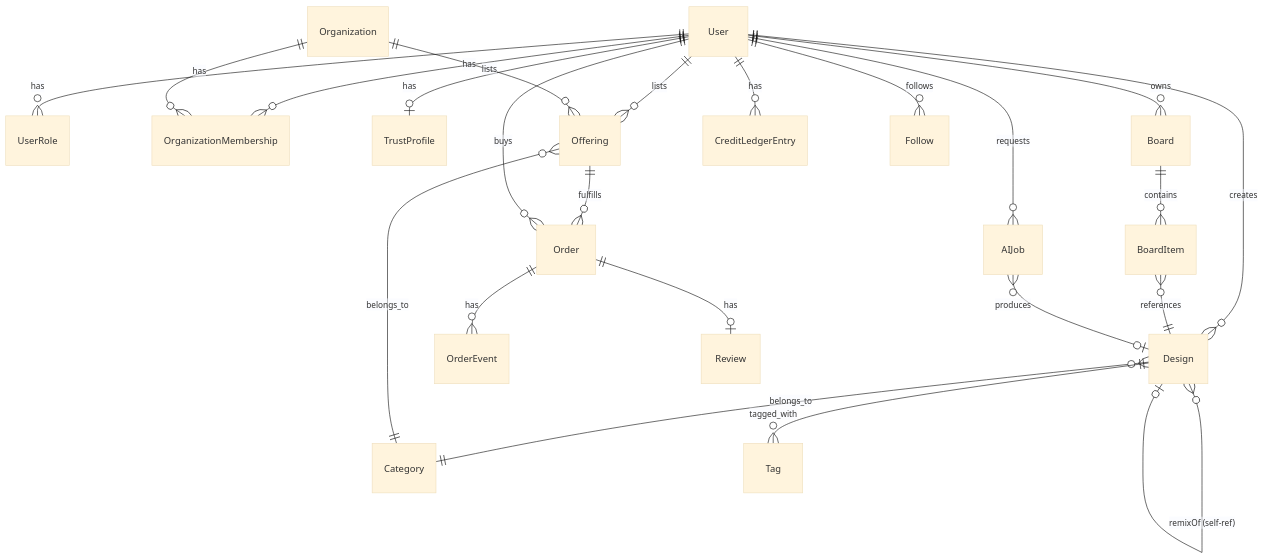
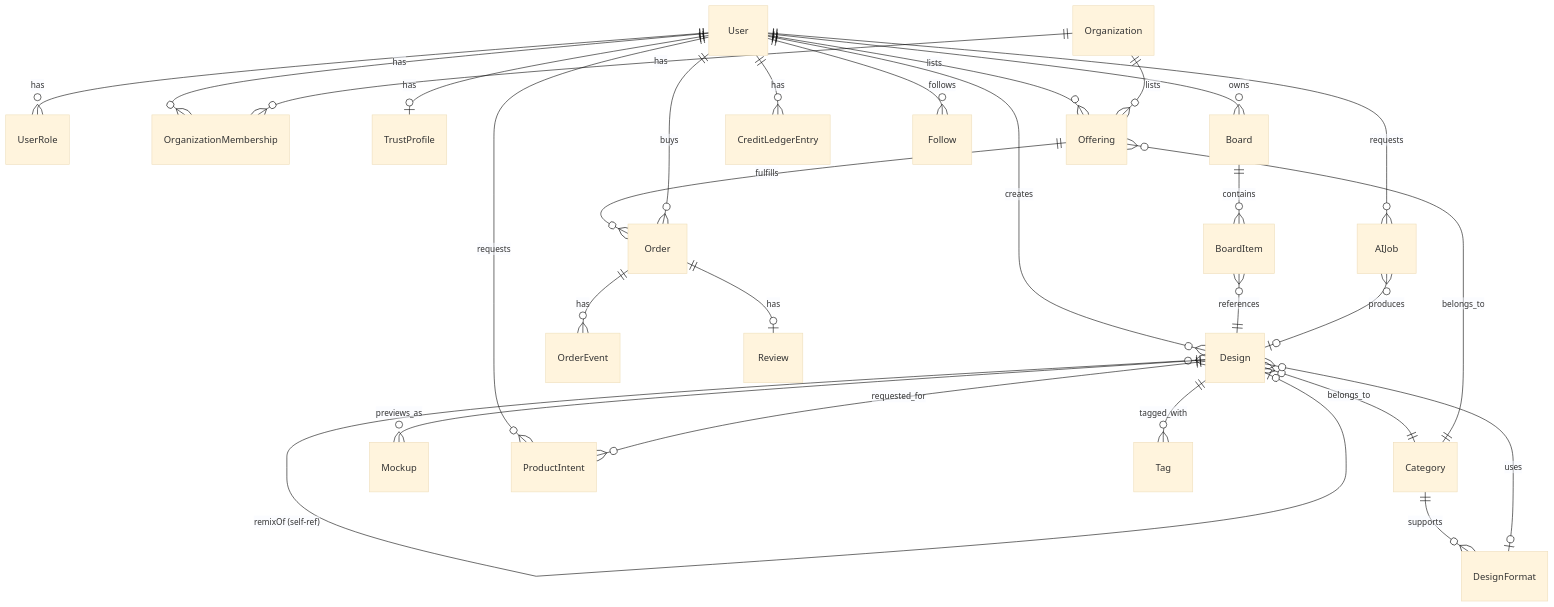
The diagram in docs/06-data-model.md (kr-premsingh/ProductDesignOS), drawn with Mermaid (base theme) before and after one commit. The commit also changed other lines of this file and 12 other files, not shown here.

````diff
--- a/docs/06-data-model.md
+++ b/docs/06-data-model.md
@@ -5,25 +5,30 @@
 ```mermaid
 erDiagram
     User ||--o{ UserRole : has
     User ||--o{ OrganizationMembership : has
     Organization ||--o{ OrganizationMembership : has
     User ||--o| TrustProfile : has
     User ||--o{ Design : creates
     User ||--o{ Board : owns
     Board ||--o{ BoardItem : contains
     BoardItem }o--|| Design : references
     Design }o--o| Design : "remixOf (self-ref)"
     Design }o--|| Category : belongs_to
+    Category ||--o{ DesignFormat : supports
+    Design }o--o| DesignFormat : uses
+    Design ||--o{ Mockup : previews_as
+    User ||--o{ ProductIntent : requests
+    Design ||--o{ ProductIntent : requested_for
     Design ||--o{ Tag : tagged_with
     User ||--o{ Offering : lists
     Organization ||--o{ Offering : lists
     Offering }o--|| Category : belongs_to
     Offering ||--o{ Order : fulfills
     User ||--o{ Order : buys
     Order ||--o{ OrderEvent : has
     Order ||--o| Review : has
     User ||--o{ CreditLedgerEntry : has
     User ||--o{ AIJob : requests
     AIJob }o--o| Design : produces
     User ||--o{ Follow : follows
 ```
````
